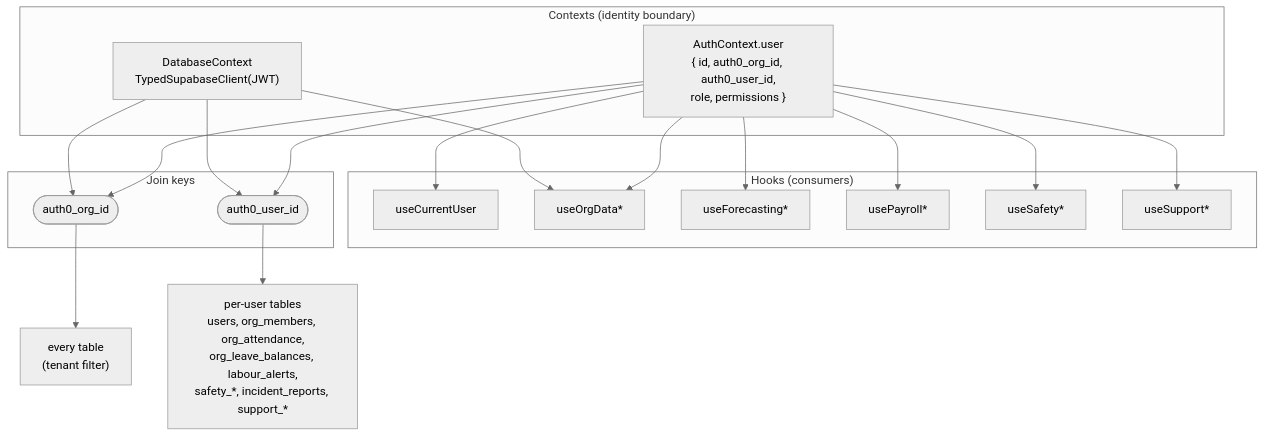
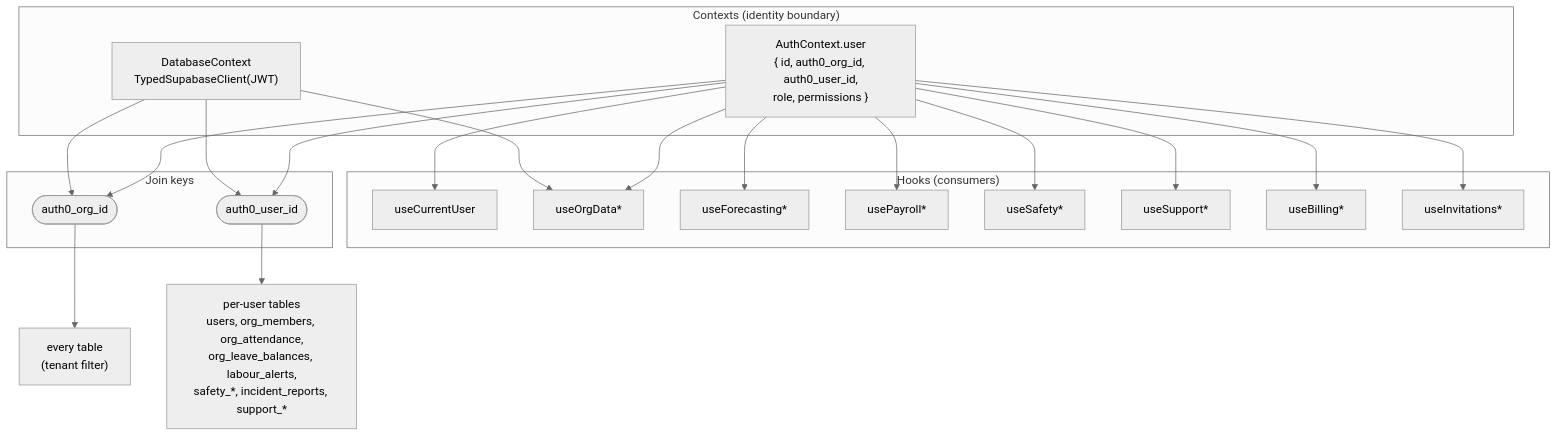
The seventh of 8 diagrams in docs/data-flow-diagram.md (SBMConcepts/easy-ops), drawn with Mermaid (neutral theme) before and after one commit. The commit also changed other lines of this file and 4 other files, not shown here.

Commit message:
Implement billing model updates and database schema changes; normalize plan tiers; enhance data flow diagrams; update compliance suite contact details; refine SNS phone integration documentation.

````diff
--- a/docs/data-flow-diagram.md
+++ b/docs/data-flow-diagram.md
@@ -499,29 +568,31 @@
 ```mermaid
 flowchart TB
     subgraph CTX["Contexts (identity boundary)"]
         AC["AuthContext.user<br/>{ id, auth0_org_id, auth0_user_id,<br/>role, permissions }"]
         DC["DatabaseContext<br/>TypedSupabaseClient(JWT)"]
     end
 
     subgraph H["Hooks (consumers)"]
         CU["useCurrentUser"]
         OD["useOrgData*"]
         FC["useForecasting*"]
         PR["usePayroll*"]
         SF["useSafety*"]
         SP["useSupport*"]
+        BL["useBilling*"]
+        IV["useInvitations*"]
     end
 
     subgraph K["Join keys"]
         ORG(["auth0_org_id"])
         USR(["auth0_user_id"])
     end
 
-    AC --> CU & OD & FC & PR & SF & SP
+    AC --> CU & OD & FC & PR & SF & SP & BL & IV
     DC --> OD
     AC --> ORG & USR
     DC --> ORG & USR
 
     ORG --> TBL["every table<br/>(tenant filter)"]
     USR --> UTBL["per-user tables<br/>users, org_members, org_attendance,<br/>org_leave_balances, labour_alerts,<br/>safety_*, incident_reports, support_*"]
 ```
````
